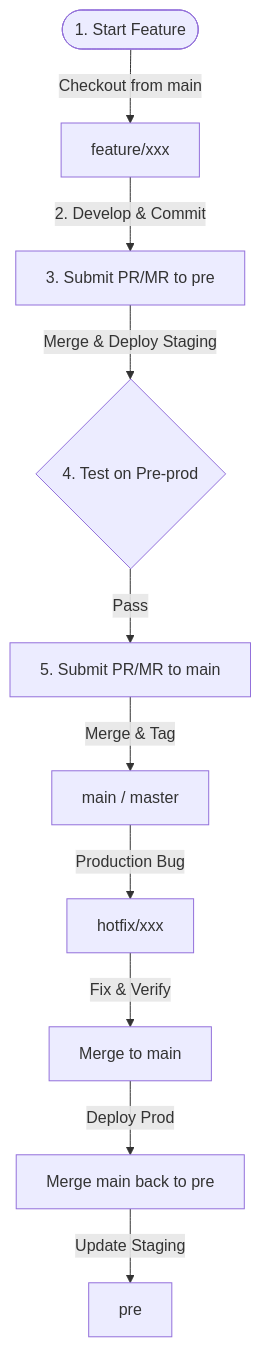
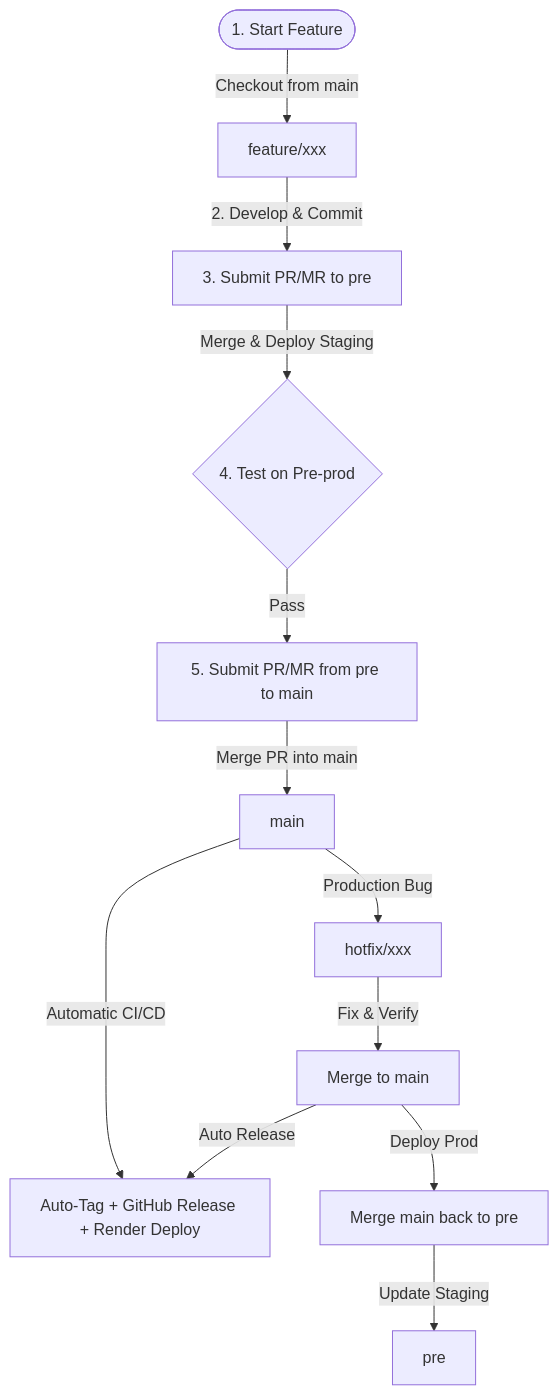
The diagram in docs/gitlab-flow.md (KiwiShare/kiwishare), drawn with Mermaid before and after one commit. The commit also changed other lines of this file and 3 other files, not shown here.

Commit message:
feat: set up the auto release on main and pre

````diff
--- a/docs/gitlab-flow.md
+++ b/docs/gitlab-flow.md
@@ -17,20 +17,22 @@
 ```mermaid
 graph TD
     %% Main Branches
-    MainBranch[main / master]
+    MainBranch[main]
     PreBranch[pre]
     FeatureBranch[feature/xxx]
 
     %% Flow Steps
     Start([1. Start Feature]) -->|Checkout from main| FeatureBranch
     FeatureBranch -->|2. Develop & Commit| TestPre[3. Submit PR/MR to pre]
     TestPre -->|Merge & Deploy Staging| StagingTest{4. Test on Pre-prod}
-    StagingTest -->|Pass| ProdPR[5. Submit PR/MR to main]
-    ProdPR -->|Merge & Tag| MainBranch
+    StagingTest -->|Pass| ProdPR[5. Submit PR/MR from pre to main]
+    ProdPR -->|Merge PR into main| MainBranch
+    MainBranch -->|Automatic CI/CD| AutoRelease[Auto-Tag + GitHub Release + Render Deploy]
     
     %% Hotfix Flow
     MainBranch -->|Production Bug| HotfixBranch[hotfix/xxx]
     HotfixBranch -->|Fix & Verify| MergeMain[Merge to main]
+    MergeMain -->|Auto Release| AutoRelease
     MergeMain -->|Deploy Prod| SyncPre[Merge main back to pre]
     SyncPre -->|Update Staging| PreBranch
 ```
````
